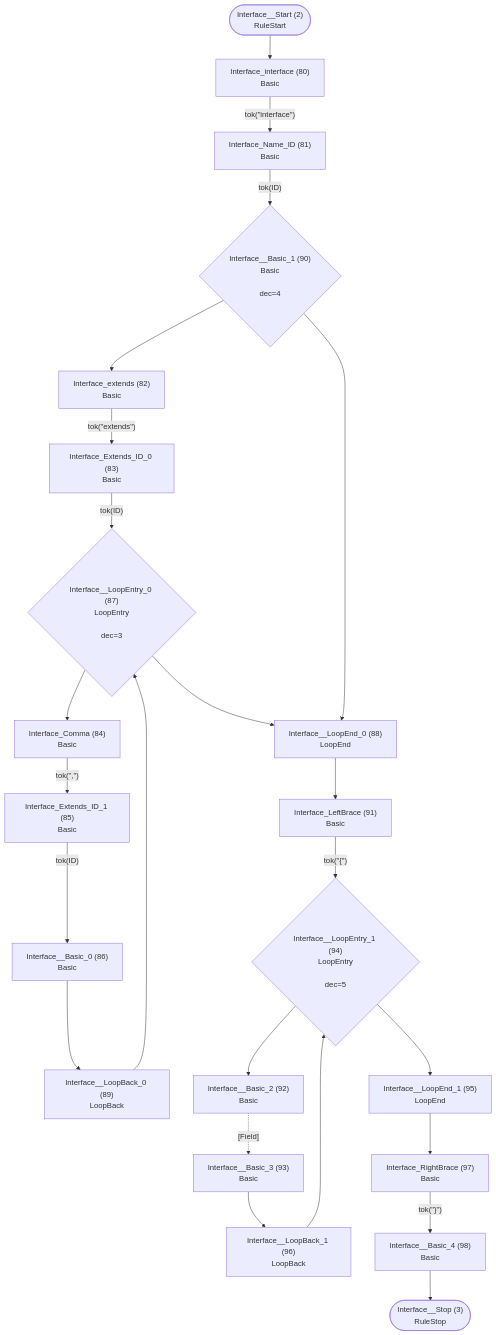
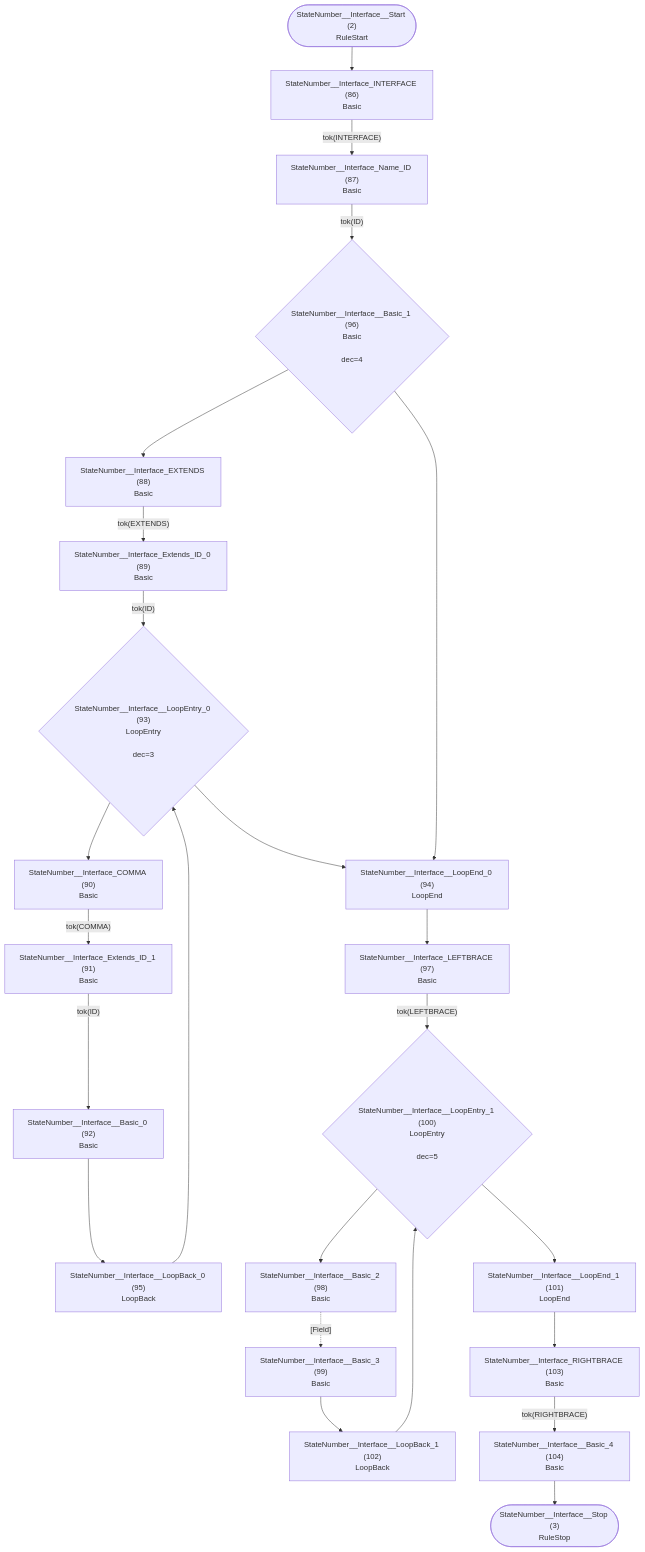
The second of 32 diagrams in internal/grammar/atn.md (TypeFox/fastbelt), drawn with Mermaid before and after one commit. The commit also changed other lines of this file and 5 other files, not shown here.

````diff
--- a/internal/grammar/atn.md
+++ b/internal/grammar/atn.md
@@ -66,48 +66,48 @@
 ```mermaid
 flowchart TD
-    q2(["Interface__Start (2)<br/>RuleStart"])
-    q3(["Interface__Stop (3)<br/>RuleStop"])
-    q80["Interface_interface (80)<br/>Basic<br/>"]
-    q81["Interface_Name_ID (81)<br/>Basic<br/>"]
-    q82["Interface_extends (82)<br/>Basic<br/>"]
-    q83["Interface_Extends_ID_0 (83)<br/>Basic<br/>"]
-    q84["Interface_Comma (84)<br/>Basic<br/>"]
-    q85["Interface_Extends_ID_1 (85)<br/>Basic<br/>"]
-    q86["Interface__Basic_0 (86)<br/>Basic<br/>"]
-    q87{"Interface__LoopEntry_0 (87)<br/>LoopEntry<br/><br/>dec=3"}
-    q88["Interface__LoopEnd_0 (88)<br/>LoopEnd<br/>"]
-    q89["Interface__LoopBack_0 (89)<br/>LoopBack<br/>"]
-    q90{"Interface__Basic_1 (90)<br/>Basic<br/><br/>dec=4"}
-    q91["Interface_LeftBrace (91)<br/>Basic<br/>"]
-    q92["Interface__Basic_2 (92)<br/>Basic<br/>"]
-    q93["Interface__Basic_3 (93)<br/>Basic<br/>"]
-    q94{"Interface__LoopEntry_1 (94)<br/>LoopEntry<br/><br/>dec=5"}
-    q95["Interface__LoopEnd_1 (95)<br/>LoopEnd<br/>"]
-    q96["Interface__LoopBack_1 (96)<br/>LoopBack<br/>"]
-    q97["Interface_RightBrace (97)<br/>Basic<br/>"]
-    q98["Interface__Basic_4 (98)<br/>Basic<br/>"]
+    q2(["StateNumber__Interface__Start (2)<br/>RuleStart"])
+    q3(["StateNumber__Interface__Stop (3)<br/>RuleStop"])
+    q86["StateNumber__Interface_INTERFACE (86)<br/>Basic<br/>"]
+    q87["StateNumber__Interface_Name_ID (87)<br/>Basic<br/>"]
+    q88["StateNumber__Interface_EXTENDS (88)<br/>Basic<br/>"]
+    q89["StateNumber__Interface_Extends_ID_0 (89)<br/>Basic<br/>"]
+    q90["StateNumber__Interface_COMMA (90)<br/>Basic<br/>"]
+    q91["StateNumber__Interface_Extends_ID_1 (91)<br/>Basic<br/>"]
+    q92["StateNumber__Interface__Basic_0 (92)<br/>Basic<br/>"]
+    q93{"StateNumber__Interface__LoopEntry_0 (93)<br/>LoopEntry<br/><br/>dec=3"}
+    q94["StateNumber__Interface__LoopEnd_0 (94)<br/>LoopEnd<br/>"]
+    q95["StateNumber__Interface__LoopBack_0 (95)<br/>LoopBack<br/>"]
+    q96{"StateNumber__Interface__Basic_1 (96)<br/>Basic<br/><br/>dec=4"}
+    q97["StateNumber__Interface_LEFTBRACE (97)<br/>Basic<br/>"]
+    q98["StateNumber__Interface__Basic_2 (98)<br/>Basic<br/>"]
+    q99["StateNumber__Interface__Basic_3 (99)<br/>Basic<br/>"]
+    q100{"StateNumber__Interface__LoopEntry_1 (100)<br/>LoopEntry<br/><br/>dec=5"}
+    q101["StateNumber__Interface__LoopEnd_1 (101)<br/>LoopEnd<br/>"]
+    q102["StateNumber__Interface__LoopBack_1 (102)<br/>LoopBack<br/>"]
+    q103["StateNumber__Interface_RIGHTBRACE (103)<br/>Basic<br/>"]
+    q104["StateNumber__Interface__Basic_4 (104)<br/>Basic<br/>"]
 
-    q2 --> q80
-    q80 -->|"tok(&quot;interface&quot;)"| q81
-    q81 -->|"tok(ID)"| q90
-    q82 -->|"tok(&quot;extends&quot;)"| q83
-    q83 -->|"tok(ID)"| q87
-    q84 -->|"tok(&quot;,&quot;)"| q85
-    q85 -->|"tok(ID)"| q86
-    q86 --> q89
-    q87 --> q84
-    q87 --> q88
-    q88 --> q91
-    q89 --> q87
-    q90 --> q82
-    q90 --> q88
-    q91 -->|"tok(&quot;{&quot;)"| q94
-    q92 -.->|"[Field]"| q93
-    q93 --> q96
-    q94 --> q92
-    q94 --> q95
-    q95 --> q97
+    q2 --> q86
+    q86 -->|"tok(INTERFACE)"| q87
+    q87 -->|"tok(ID)"| q96
+    q88 -->|"tok(EXTENDS)"| q89
+    q89 -->|"tok(ID)"| q93
+    q90 -->|"tok(COMMA)"| q91
+    q91 -->|"tok(ID)"| q92
+    q92 --> q95
+    q93 --> q90
+    q93 --> q94
+    q94 --> q97
+    q95 --> q93
+    q96 --> q88
     q96 --> q94
-    q97 -->|"tok(&quot;}&quot;)"| q98
-    q98 --> q3
+    q97 -->|"tok(LEFTBRACE)"| q100
+    q98 -.->|"[Field]"| q99
+    q99 --> q102
+    q100 --> q98
+    q100 --> q101
+    q101 --> q103
+    q102 --> q100
+    q103 -->|"tok(RIGHTBRACE)"| q104
+    q104 --> q3
 ```
````
